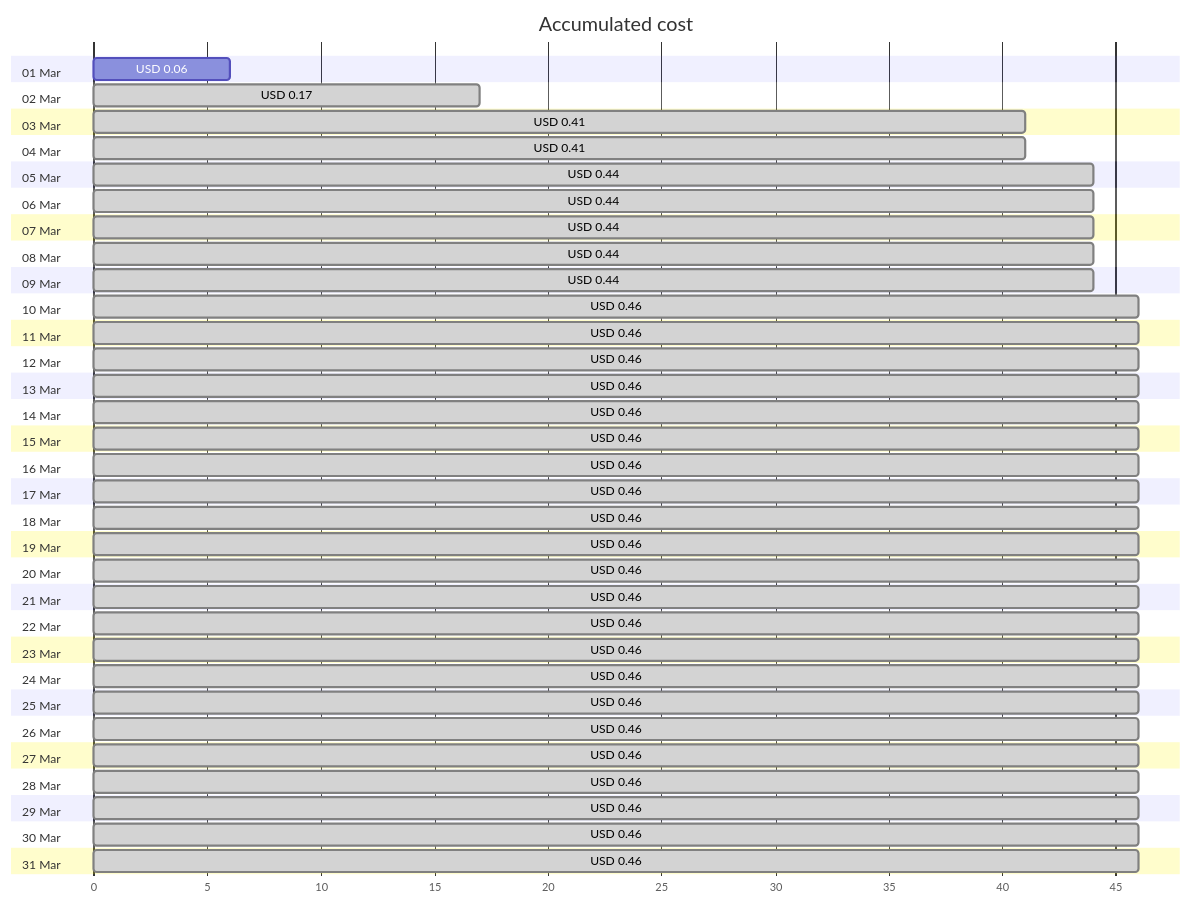
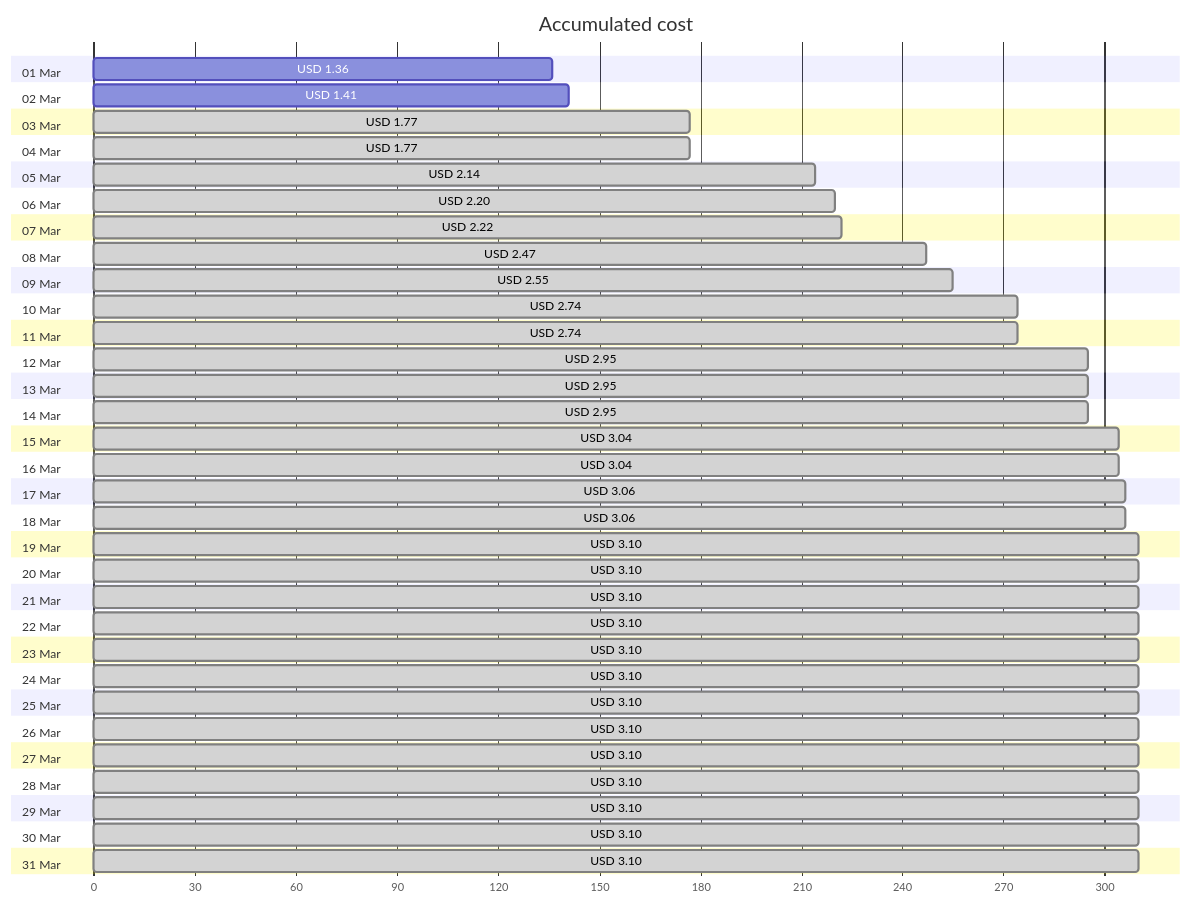
Before and after one commit to jpfulton/azure-personal-reports: the first of 4 diagrams in cost-reports/personal-network/vpn-server.md, drawn with Mermaid. The commit also changed other lines of this file and 8 other files, not shown here.

````diff
--- a/cost-reports/personal-network/vpn-server.md
+++ b/cost-reports/personal-network/vpn-server.md
@@ -20,68 +20,68 @@
 ```mermaid
 gantt
    title Accumulated cost
    dateFormat  X
    axisFormat %s
    section 01 Mar
-   USD 0.06 :0, 6
+   USD 1.36 :0, 136
    section 02 Mar
-   USD 0.17 : done, 0, 17
+   USD 1.41 :0, 141
    section 03 Mar
-   USD 0.41 : done, 0, 41
+   USD 1.77 : done, 0, 177
    section 04 Mar
-   USD 0.41 : done, 0, 41
+   USD 1.77 : done, 0, 177
    section 05 Mar
-   USD 0.44 : done, 0, 44
+   USD 2.14 : done, 0, 214
    section 06 Mar
-   USD 0.44 : done, 0, 44
+   USD 2.20 : done, 0, 220
    section 07 Mar
-   USD 0.44 : done, 0, 44
+   USD 2.22 : done, 0, 222
    section 08 Mar
-   USD 0.44 : done, 0, 44
+   USD 2.47 : done, 0, 247
    section 09 Mar
-   USD 0.44 : done, 0, 44
+   USD 2.55 : done, 0, 255
    section 10 Mar
-   USD 0.46 : done, 0, 46
+   USD 2.74 : done, 0, 274
    section 11 Mar
-   USD 0.46 : done, 0, 46
+   USD 2.74 : done, 0, 274
    section 12 Mar
-   USD 0.46 : done, 0, 46
+   USD 2.95 : done, 0, 295
    section 13 Mar
-   USD 0.46 : done, 0, 46
+   USD 2.95 : done, 0, 295
    section 14 Mar
-   USD 0.46 : done, 0, 46
+   USD 2.95 : done, 0, 295
    section 15 Mar
-   USD 0.46 : done, 0, 46
+   USD 3.04 : done, 0, 304
    section 16 Mar
-   USD 0.46 : done, 0, 46
+   USD 3.04 : done, 0, 304
    section 17 Mar
-   USD 0.46 : done, 0, 46
+   USD 3.06 : done, 0, 306
    section 18 Mar
-   USD 0.46 : done, 0, 46
+   USD 3.06 : done, 0, 306
    section 19 Mar
-   USD 0.46 : done, 0, 46
+   USD 3.10 : done, 0, 310
    section 20 Mar
-   USD 0.46 : done, 0, 46
+   USD 3.10 : done, 0, 310
    section 21 Mar
-   USD 0.46 : done, 0, 46
+   USD 3.10 : done, 0, 310
    section 22 Mar
-   USD 0.46 : done, 0, 46
+   USD 3.10 : done, 0, 310
    section 23 Mar
-   USD 0.46 : done, 0, 46
+   USD 3.10 : done, 0, 310
    section 24 Mar
-   USD 0.46 : done, 0, 46
+   USD 3.10 : done, 0, 310
    section 25 Mar
-   USD 0.46 : done, 0, 46
+   USD 3.10 : done, 0, 310
    section 26 Mar
-   USD 0.46 : done, 0, 46
+   USD 3.10 : done, 0, 310
    section 27 Mar
-   USD 0.46 : done, 0, 46
+   USD 3.10 : done, 0, 310
    section 28 Mar
-   USD 0.46 : done, 0, 46
+   USD 3.10 : done, 0, 310
    section 29 Mar
-   USD 0.46 : done, 0, 46
+   USD 3.10 : done, 0, 310
    section 30 Mar
-   USD 0.46 : done, 0, 46
+   USD 3.10 : done, 0, 310
    section 31 Mar
-   USD 0.46 : done, 0, 46
+   USD 3.10 : done, 0, 310
 ```
````
